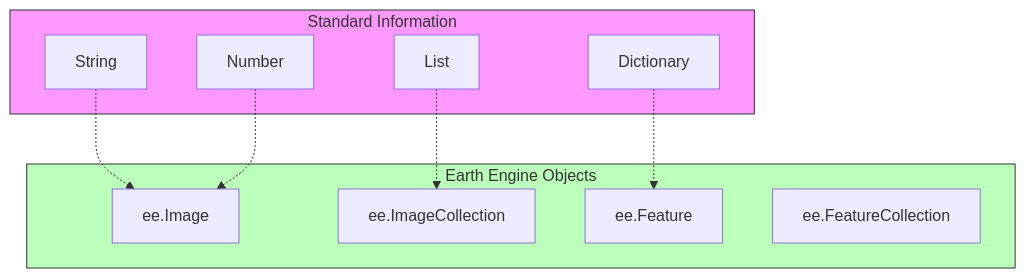
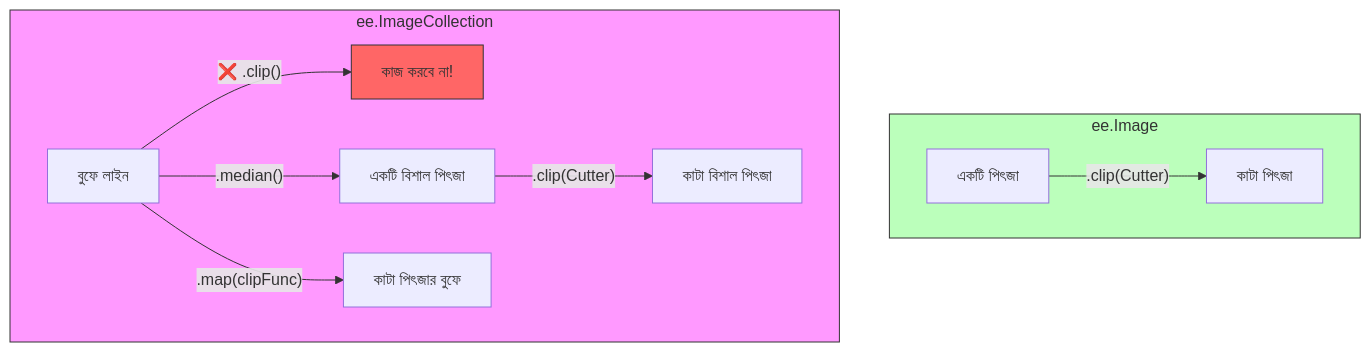
Before and after one commit to pulakeshpradhan/earthengine: the diagram in docs/programming/2. Data Types.bn.md, drawn with Mermaid. The commit also changed other lines of this file and 84 other files, not shown here.

````diff
--- a/docs/programming/2. Data Types.bn.md
+++ b/docs/programming/2. Data Types.bn.md
@@ -35,23 +82,17 @@
 ```mermaid
 graph TD
-    subgraph Client-Side [Standard Information]
-        A[String]
-        B[Number]
-        C[List]
-        D[Dictionary]
+    subgraph Single_Image [ee.Image]
+        A[একটি পিৎজা] -- ".clip(Cutter)" --> B[কাটা পিৎজা]
     end
-    
-    subgraph Server-Side [Earth Engine Objects]
-        E[ee.Image]
-        F[ee.ImageCollection]
-        G[ee.Feature]
-        H[ee.FeatureCollection]
+
+    subgraph Pizza_Buffet [ee.ImageCollection]
+        C[বুফে লাইন] -- "❌ .clip()" --> Error[কাজ করবে না!]
+        C -- ".median()" --> D[একটি বিশাল পিৎজা]
+        D -- ".clip(Cutter)" --> E[কাটা বিশাল পিৎজা]
+        
+        C -- ".map(clipFunc)" --> F[কাটা পিৎজার বুফে]
     end
-    
-    A -.-> E
-    B -.-> E
-    C -.-> F
-    D -.-> G
-    style Client-Side fill:#f9f,stroke:#333
-    style Server-Side fill:#bfb,stroke:#333
+    style Single_Image fill:#bfb,stroke:#333
+    style Pizza_Buffet fill:#f9f,stroke:#333
+    style Error fill:#f66,stroke:#333
 ```
````
